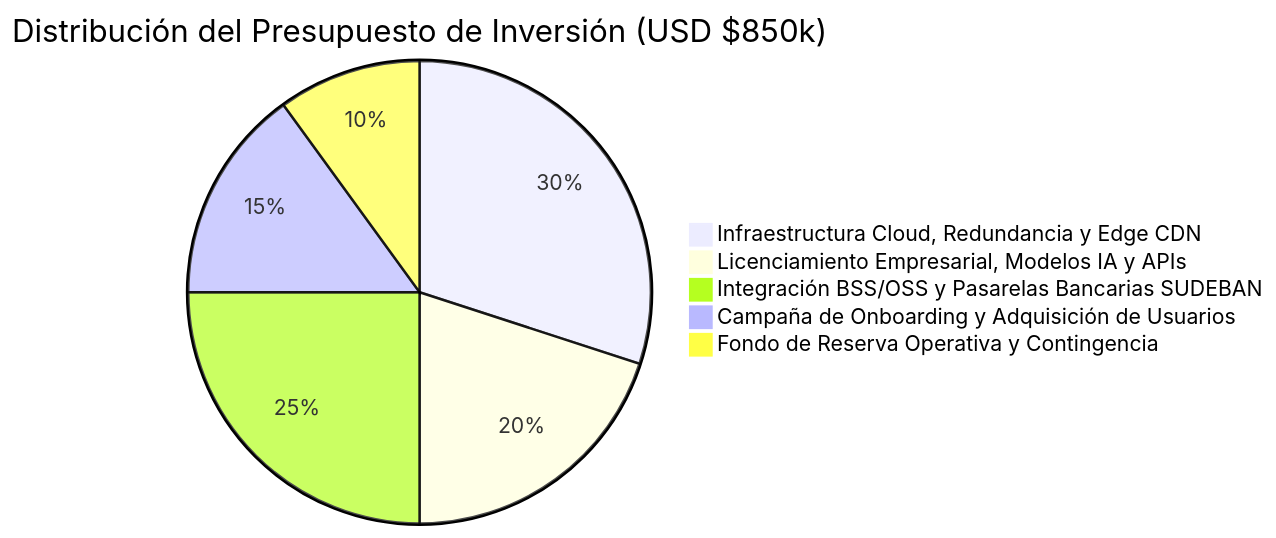
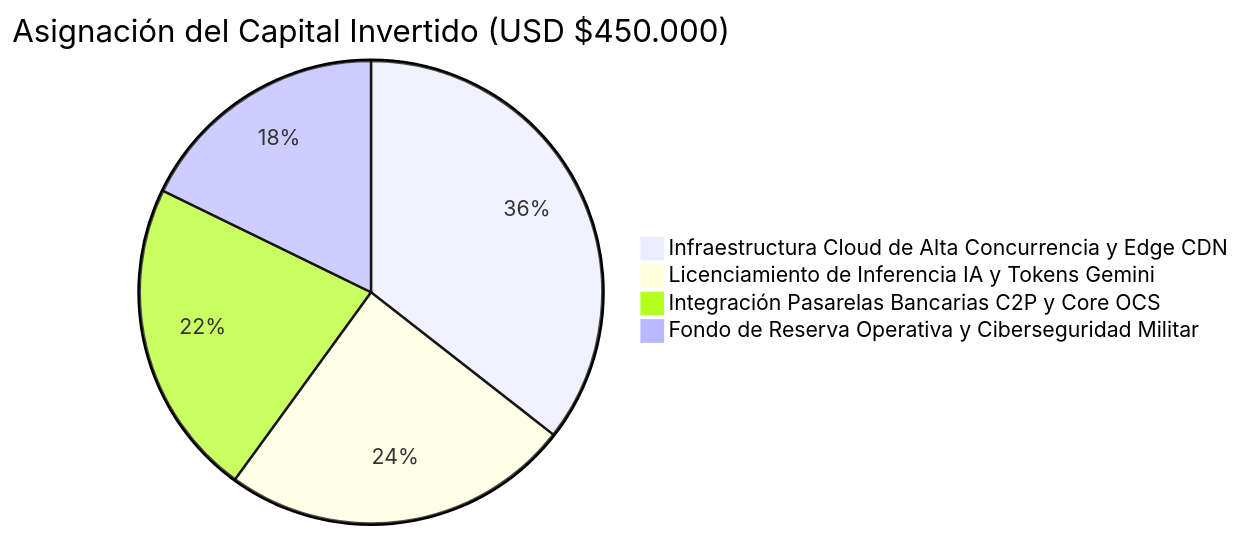
Before and after one commit to Idoysara/121026_IDS_MOVILNET_PWA: the third of 3 diagrams in docs/PRESENTACION_EJECUTIVA_INVERSIONISTA_ECONOMISTA.md, drawn with Mermaid. The commit also changed other lines of this file and 9 other files, not shown here.

````diff
--- a/docs/PRESENTACION_EJECUTIVA_INVERSIONISTA_ECONOMISTA.md
+++ b/docs/PRESENTACION_EJECUTIVA_INVERSIONISTA_ECONOMISTA.md
@@ -194,8 +206,7 @@
 ```mermaid
-pie title Distribución del Presupuesto de Inversión (USD $850k)
-    "Infraestructura Cloud, Redundancia y Edge CDN" : 255000
-    "Licenciamiento Empresarial, Modelos IA y APIs" : 170000
-    "Integración BSS/OSS y Pasarelas Bancarias SUDEBAN" : 212500
-    "Campaña de Onboarding y Adquisición de Usuarios" : 127500
-    "Fondo de Reserva Operativa y Contingencia" : 85000
+pie title Asignación del Capital Invertido (USD $450.000)
+    "Infraestructura Cloud de Alta Concurrencia y Edge CDN" : 160000
+    "Licenciamiento de Inferencia IA y Tokens Gemini" : 110000
+    "Integración Pasarelas Bancarias C2P y Core OCS" : 100000
+    "Fondo de Reserva Operativa y Ciberseguridad Militar" : 80000
 ```
````
